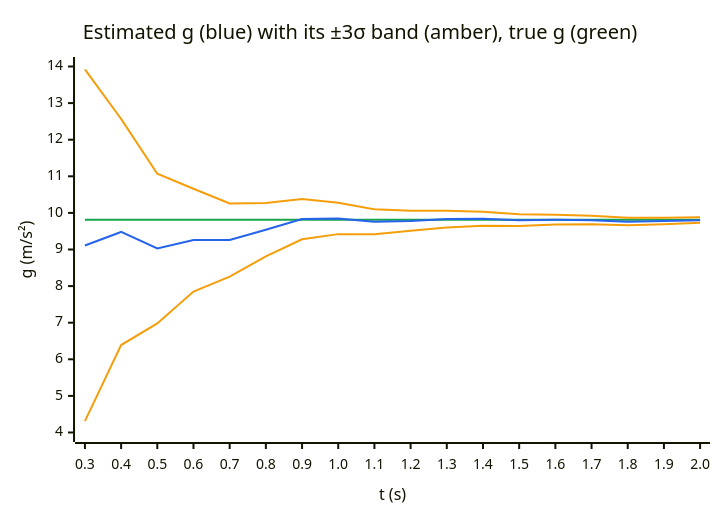
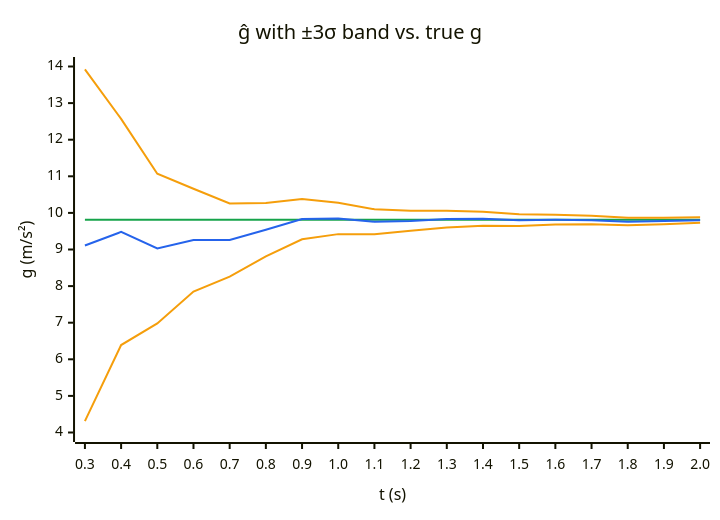
One commit to sunsided/minikalman-rs changed the fourth of 4 diagrams in README.md. Above: the diagram before and after it, drawn with Mermaid. The commit also changed other lines of this file and 1 other file, not shown here.

First line of the commit message:
Shorten the gravity chart title and move its legend into the text

````diff
--- a/README.md
+++ b/README.md
@@ -729,11 +730,11 @@
 ```mermaid
 %%{init: {"themeVariables": {"xyChart": {"plotColorPalette": "#16a34a, #f59e0b, #2563eb, #f59e0b"}}}}%%
 xychart-beta
-    title "Estimated g (blue) with its ±3σ band (amber), true g (green)"
+    title "ĝ with ±3σ band vs. true g"
     x-axis "t (s)" ["0.3", "0.4", "0.5", "0.6", "0.7", "0.8", "0.9", "1.0", "1.1", "1.2", "1.3", "1.4", "1.5", "1.6", "1.7", "1.8", "1.9", "2.0"]
     y-axis "g (m/s²)" 4 --> 14
     line [9.81, 9.81, 9.81, 9.81, 9.81, 9.81, 9.81, 9.81, 9.81, 9.81, 9.81, 9.81, 9.81, 9.81, 9.81, 9.81, 9.81, 9.81]
     line [13.92, 12.57, 11.07, 10.66, 10.26, 10.27, 10.38, 10.28, 10.10, 10.06, 10.06, 10.03, 9.96, 9.95, 9.92, 9.87, 9.87, 9.88]
     line [9.11, 9.48, 9.03, 9.26, 9.26, 9.54, 9.83, 9.85, 9.76, 9.78, 9.83, 9.84, 9.80, 9.81, 9.80, 9.76, 9.78, 9.80]
     line [4.31, 6.39, 6.98, 7.85, 8.26, 8.81, 9.28, 9.42, 9.42, 9.51, 9.60, 9.65, 9.64, 9.68, 9.69, 9.66, 9.69, 9.73]
 ```
````
